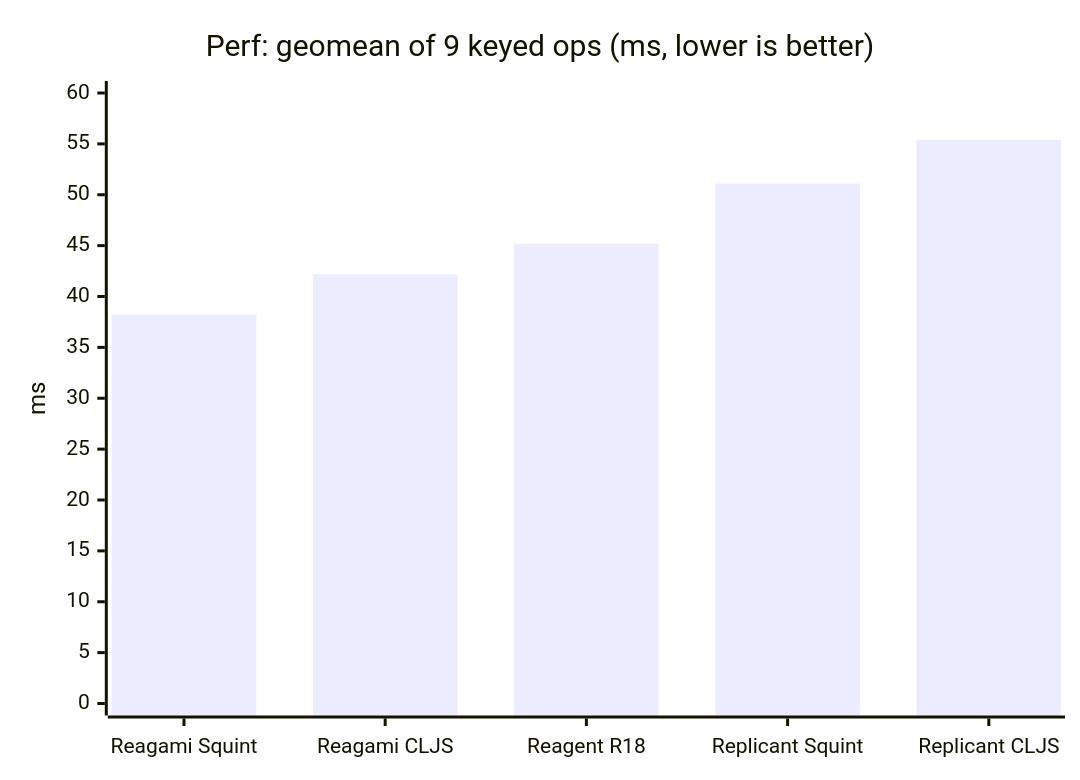
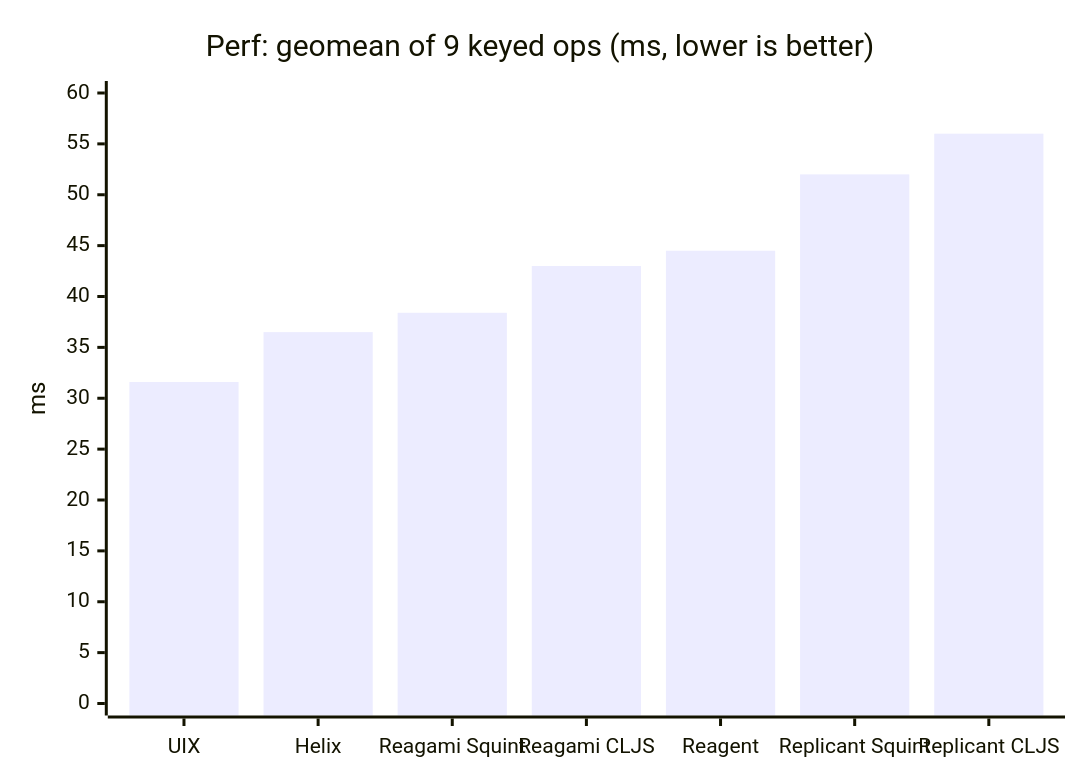
The first of 2 diagrams in README.md (borkdude/reagami), drawn with Mermaid before and after one commit. The commit also changed other lines of this file, not shown here.

````diff
--- a/README.md
+++ b/README.md
@@ -209,7 +209,7 @@
 ```mermaid
 xychart-beta
     title "Perf: geomean of 9 keyed ops (ms, lower is better)"
-    x-axis ["Reagami Squint", "Reagami CLJS", "Reagent R18", "Replicant Squint", "Replicant CLJS"]
+    x-axis ["UIX", "Helix", "Reagami Squint", "Reagami CLJS", "Reagent", "Replicant Squint", "Replicant CLJS"]
     y-axis "ms" 0 --> 60
-    bar [38.2, 42.2, 45.2, 51.1, 55.4]
+    bar [31.6, 36.5, 38.4, 43.0, 44.5, 52.0, 56.0]
 ```
````
